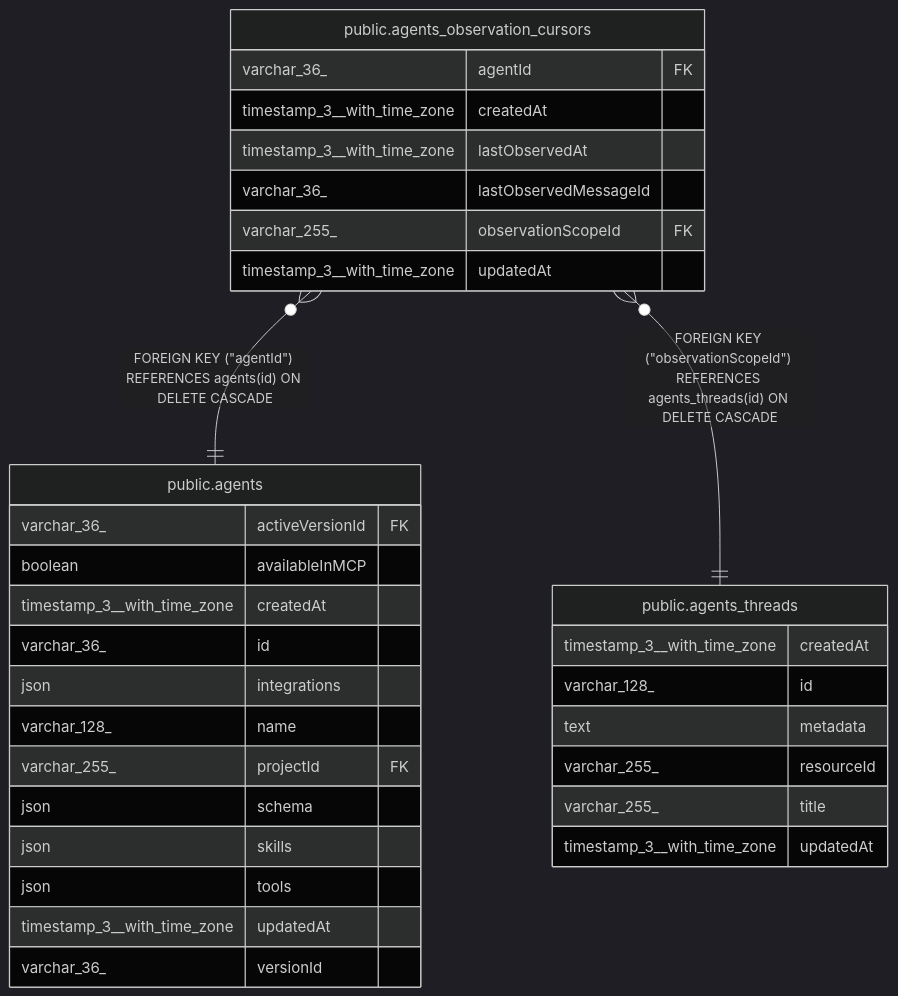
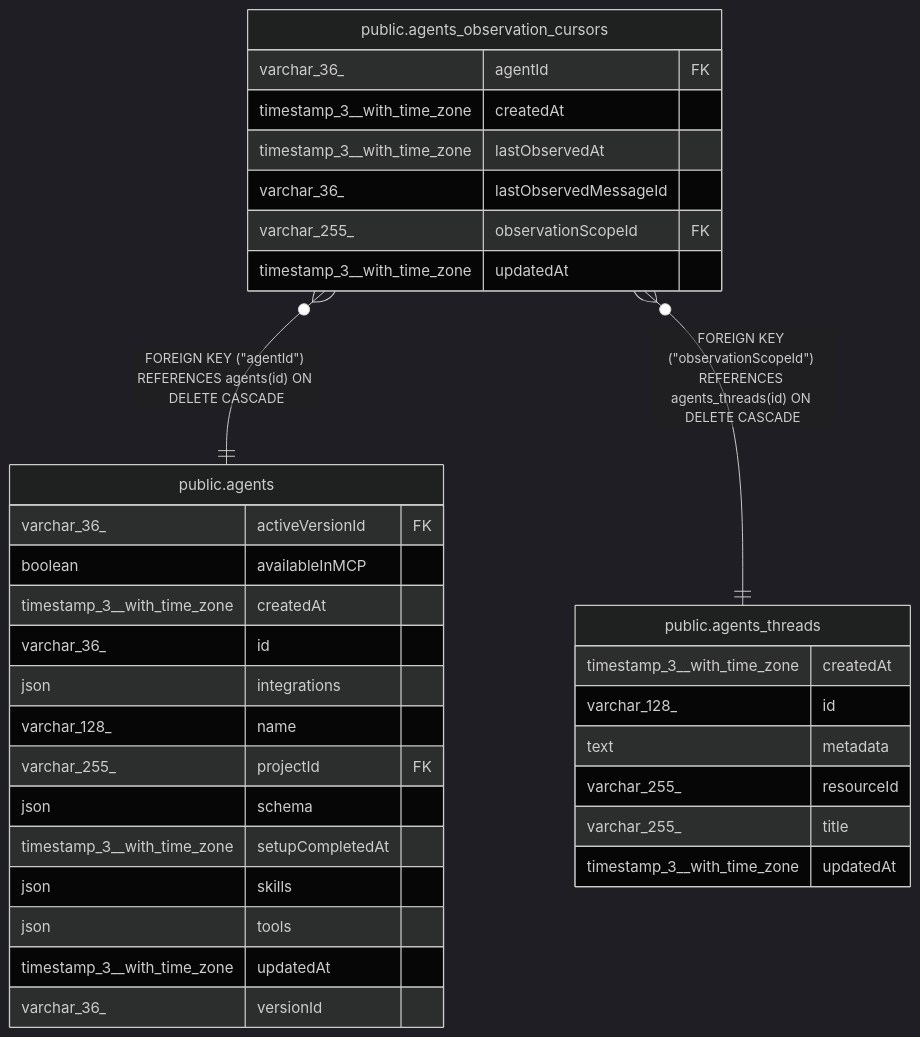
Before and after one commit to mayankjain1815-commits/n8n: the diagram in docs/generated/postgres-schema/public.agents_observation_cursors.md, drawn with Mermaid (dark theme). The commit also changed 53 other files, not shown here.

````diff
--- a/docs/generated/postgres-schema/public.agents_observation_cursors.md
+++ b/docs/generated/postgres-schema/public.agents_observation_cursors.md
@@ -37,37 +37,38 @@
 ```mermaid
 erDiagram
 
 "public.agents_observation_cursors" }o--|| "public.agents" : "FOREIGN KEY (#quot;agentId#quot;) REFERENCES agents(id) ON DELETE CASCADE"
 "public.agents_observation_cursors" }o--|| "public.agents_threads" : "FOREIGN KEY (#quot;observationScopeId#quot;) REFERENCES agents_threads(id) ON DELETE CASCADE"
 
 "public.agents_observation_cursors" {
   varchar_36_ agentId FK
   timestamp_3__with_time_zone createdAt
   timestamp_3__with_time_zone lastObservedAt
   varchar_36_ lastObservedMessageId
   varchar_255_ observationScopeId FK
   timestamp_3__with_time_zone updatedAt
 }
 "public.agents" {
   varchar_36_ activeVersionId FK
   boolean availableInMCP
   timestamp_3__with_time_zone createdAt
   varchar_36_ id
   json integrations
   varchar_128_ name
   varchar_255_ projectId FK
   json schema
+  timestamp_3__with_time_zone setupCompletedAt
   json skills
   json tools
   timestamp_3__with_time_zone updatedAt
   varchar_36_ versionId
 }
 "public.agents_threads" {
   timestamp_3__with_time_zone createdAt
   varchar_128_ id
   text metadata
   varchar_255_ resourceId
   varchar_255_ title
   timestamp_3__with_time_zone updatedAt
 }
 ```
````
